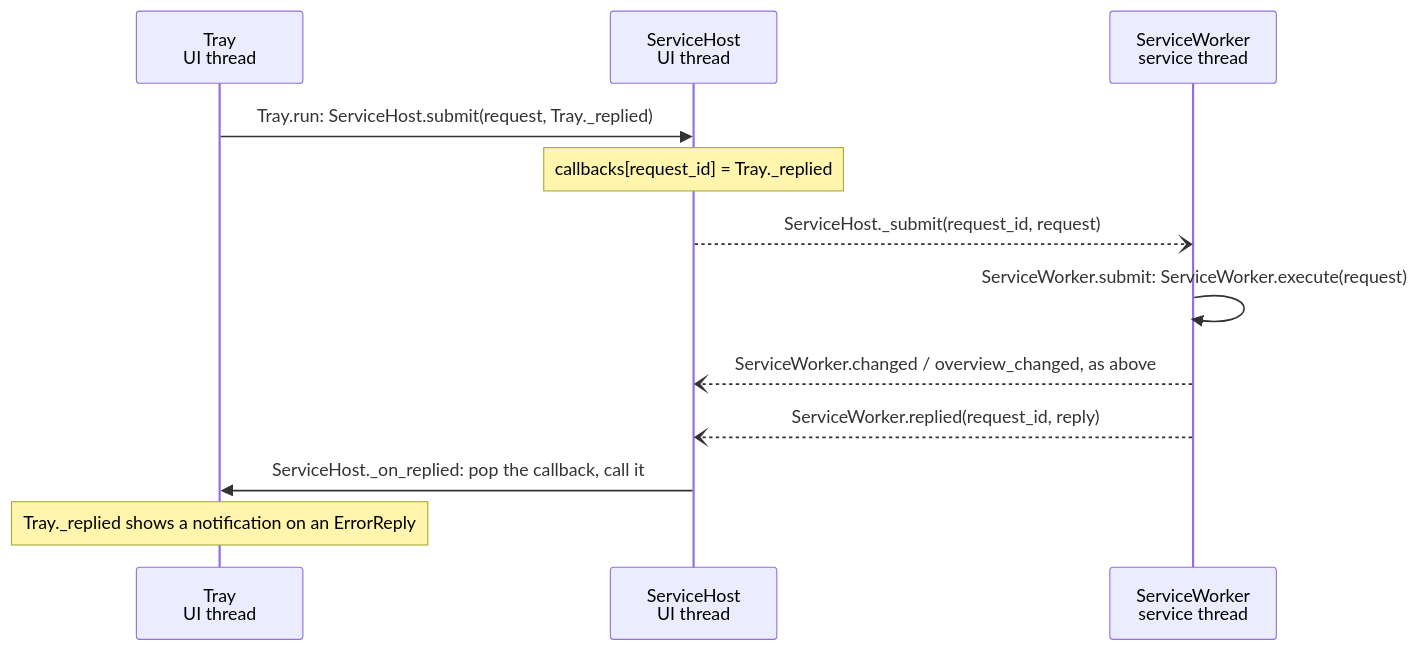
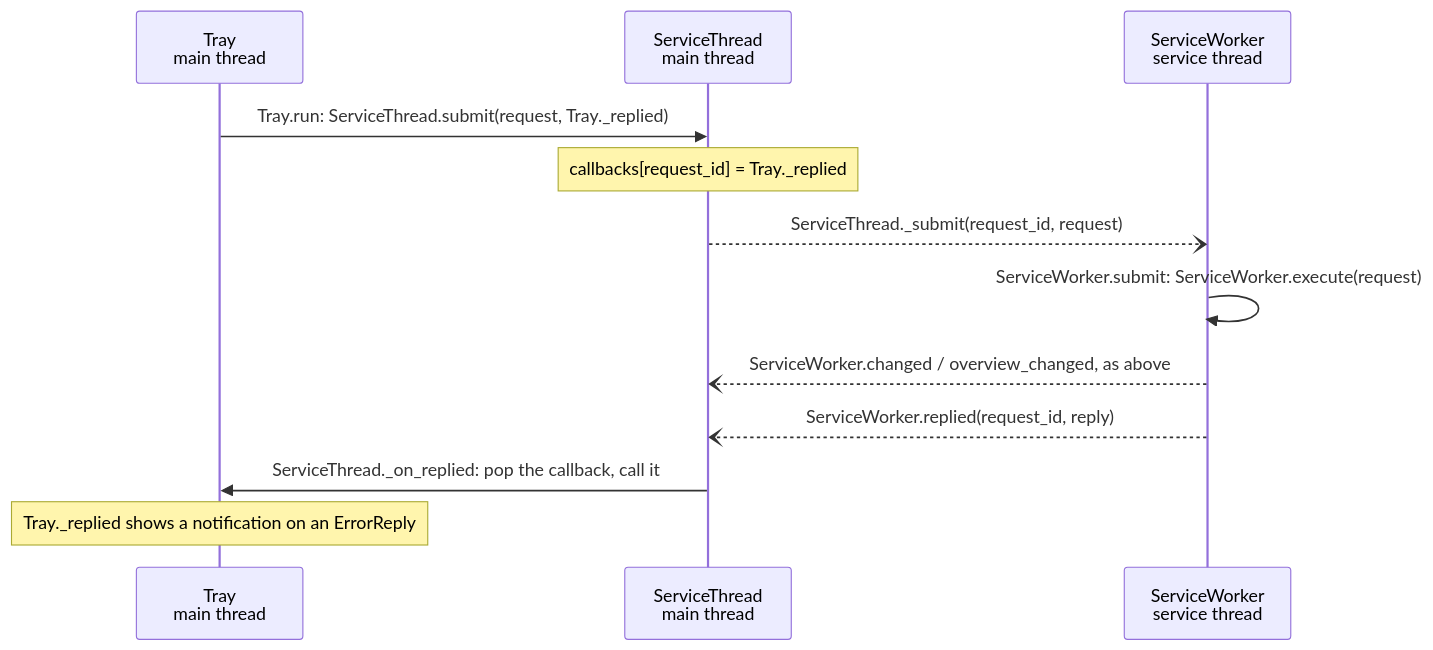
One commit to cheshire0xff/wallpaper_py changed the third of 10 diagrams in docs/app-wiring.md. Above: the diagram before and after it, drawn with Mermaid. The commit also changed other lines of this file and 68 other files, not shown here.

````diff
--- a/docs/app-wiring.md
+++ b/docs/app-wiring.md
@@ -109,15 +109,15 @@
 ```mermaid
 sequenceDiagram
-    participant Tr as Tray<br/>UI thread
-    participant H as ServiceHost<br/>UI thread
+    participant Tr as Tray<br/>main thread
+    participant H as ServiceThread<br/>main thread
     participant W as ServiceWorker<br/>service thread
 
-    Tr->>H: Tray.run: ServiceHost.submit(request, Tray._replied)
+    Tr->>H: Tray.run: ServiceThread.submit(request, Tray._replied)
     Note over H: callbacks[request_id] = Tray._replied
-    H--)W: ServiceHost._submit(request_id, request)
+    H--)W: ServiceThread._submit(request_id, request)
     W->>W: ServiceWorker.submit: ServiceWorker.execute(request)
     W--)H: ServiceWorker.changed / overview_changed, as above
     W--)H: ServiceWorker.replied(request_id, reply)
-    H->>Tr: ServiceHost._on_replied: pop the callback, call it
+    H->>Tr: ServiceThread._on_replied: pop the callback, call it
     Note over Tr: Tray._replied shows a notification on an ErrorReply
 ```
````
